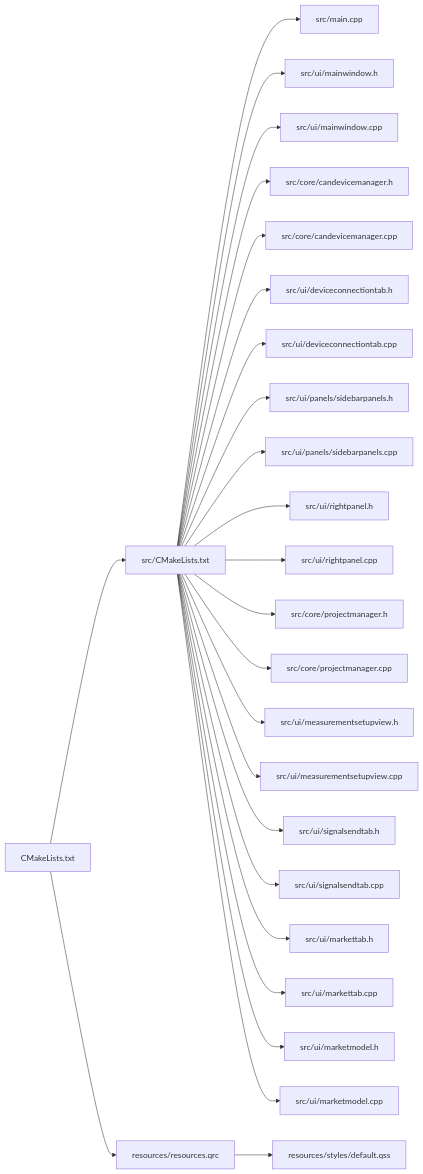
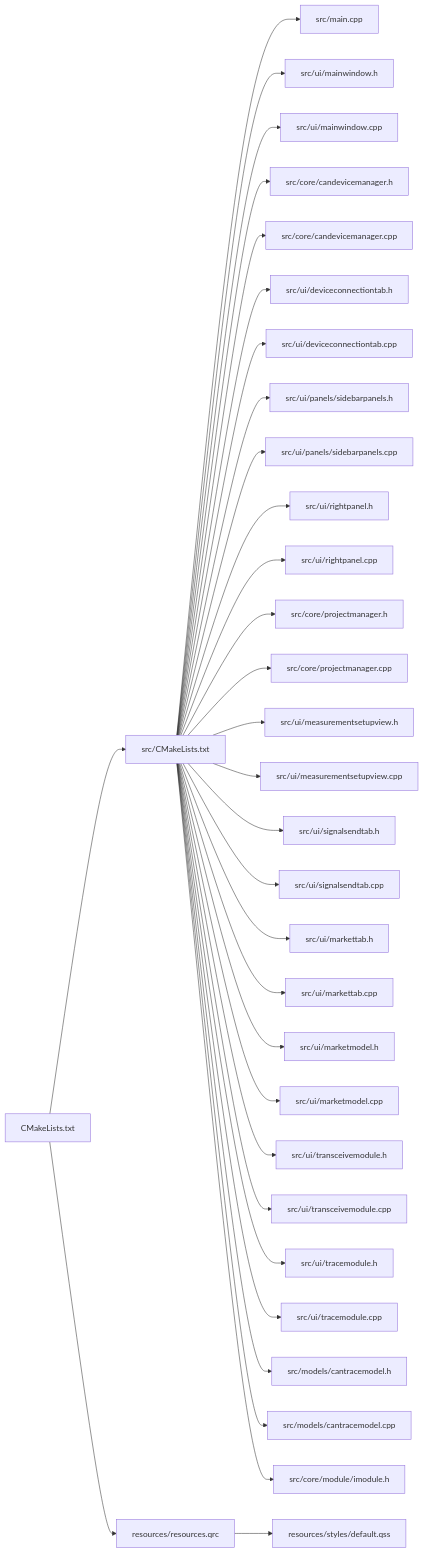
Diagram 14 of 14 in .qoder/repowiki/zh/content/核心模块详解/主窗口组件.md (jakecai1225-design/OpenBus), drawn with Mermaid before and after one commit. The commit also changed other lines of this file and 14 other files, not shown here.

````diff
--- a/.qoder/repowiki/zh/content/核心模块详解/主窗口组件.md
+++ b/.qoder/repowiki/zh/content/核心模块详解/主窗口组件.md
@@ -783,27 +867,34 @@
 ```mermaid
 graph LR
 CMake["CMakeLists.txt"] --> SrcCMake["src/CMakeLists.txt"]
 SrcCMake --> MainCPP["src/main.cpp"]
 SrcCMake --> MW_H["src/ui/mainwindow.h"]
 SrcCMake --> MW_CPP["src/ui/mainwindow.cpp"]
 SrcCMake --> CDM_H["src/core/candevicemanager.h"]
 SrcCMake --> CDM_CPP["src/core/candevicemanager.cpp"]
 SrcCMake --> DCT_H["src/ui/deviceconnectiontab.h"]
 SrcCMake --> DCT_CPP["src/ui/deviceconnectiontab.cpp"]
 SrcCMake --> SP_H["src/ui/panels/sidebarpanels.h"]
 SrcCMake --> SP_CPP["src/ui/panels/sidebarpanels.cpp"]
 SrcCMake --> RP_H["src/ui/rightpanel.h"]
 SrcCMake --> RP_CPP["src/ui/rightpanel.cpp"]
 SrcCMake --> PM_H["src/core/projectmanager.h"]
 SrcCMake --> PM_CPP["src/core/projectmanager.cpp"]
 SrcCMake --> MSV_H["src/ui/measurementsetupview.h"]
 SrcCMake --> MSV_CPP["src/ui/measurementsetupview.cpp"]
 SrcCMake --> SST_H["src/ui/signalsendtab.h"]
 SrcCMake --> SST_CPP["src/ui/signalsendtab.cpp"]
 SrcCMake --> MT_H["src/ui/markettab.h"]
 SrcCMake --> MT_CPP["src/ui/markettab.cpp"]
 SrcCMake --> MM_H["src/ui/marketmodel.h"]
 SrcCMake --> MM_CPP["src/ui/marketmodel.cpp"]
+SrcCMake --> TM_H["src/ui/transceivemodule.h"]
+SrcCMake --> TM_CPP["src/ui/transceivemodule.cpp"]
+SrcCMake --> TRM_H["src/ui/tracemodule.h"]
+SrcCMake --> TRM_CPP["src/ui/tracemodule.cpp"]
+SrcCMake --> CTM_H["src/models/cantracemodel.h"]
+SrcCMake --> CTM_CPP["src/models/cantracemodel.cpp"]
+SrcCMake --> IM_H["src/core/module/imodule.h"]
 CMake --> QRC["resources/resources.qrc"]
 QRC --> QSS["resources/styles/default.qss"]
 ```
````
